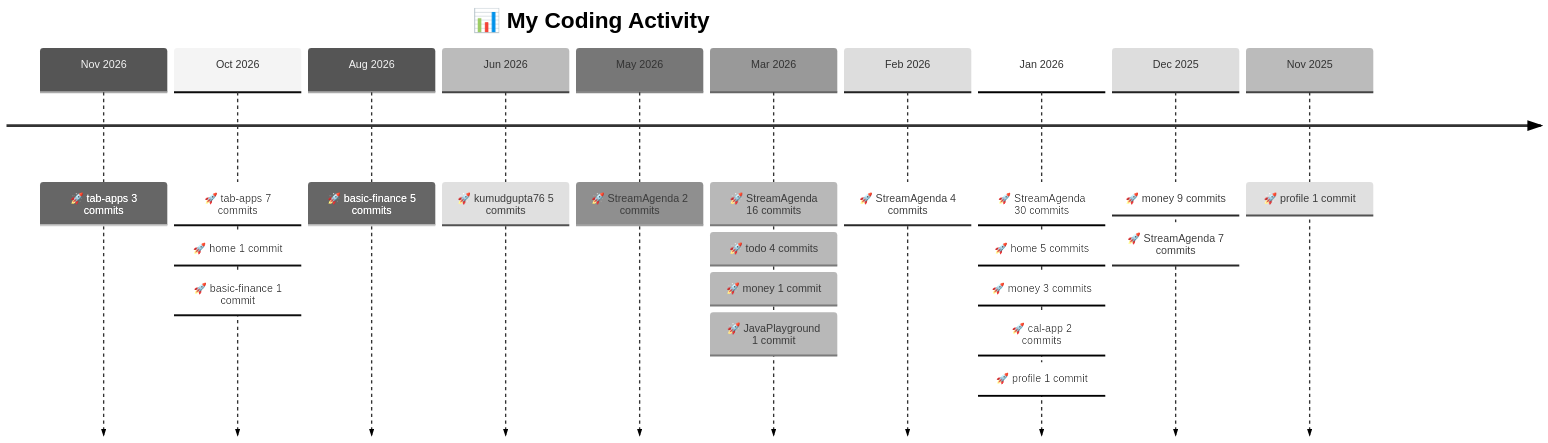
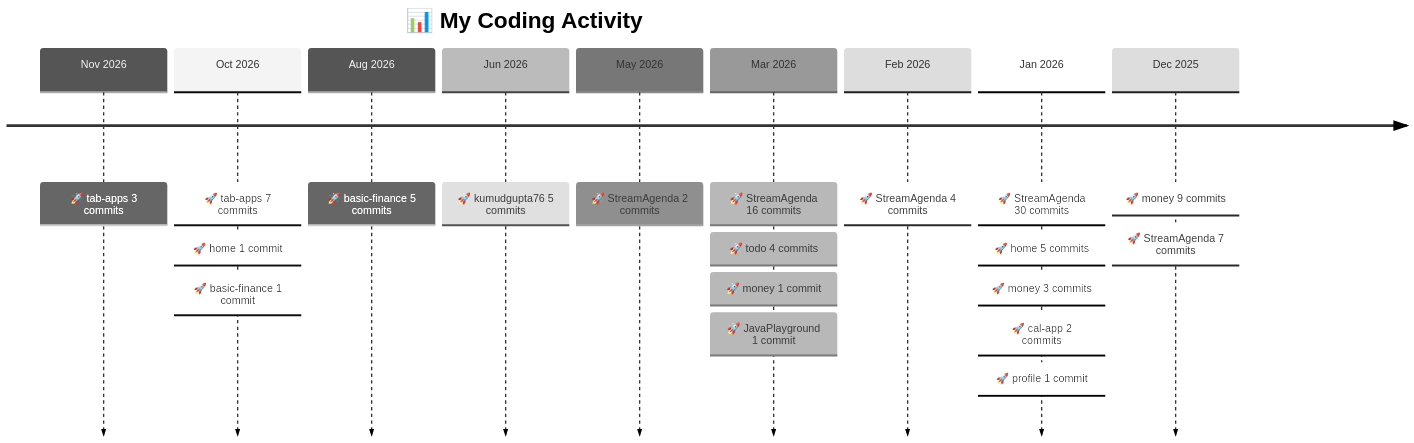
The diagram in README.md (kumudgupta76/kumudgupta76), drawn with Mermaid (neutral theme) before and after one commit. The commit also changed other lines of this file, not shown here.

Commit message:
chore: update project timeline [skip ci]

````diff
--- a/README.md
+++ b/README.md
@@ -39,14 +39,13 @@
 ```mermaid
 timeline
     title 📊 My Coding Activity
     Nov 2026 : 🚀 tab-apps 3 commits
     Oct 2026 : 🚀 tab-apps 7 commits : 🚀 home 1 commit : 🚀 basic-finance 1 commit
     Aug 2026 : 🚀 basic-finance 5 commits
     Jun 2026 : 🚀 kumudgupta76 5 commits
     May 2026 : 🚀 StreamAgenda 2 commits
     Mar 2026 : 🚀 StreamAgenda 16 commits : 🚀 todo 4 commits : 🚀 money 1 commit : 🚀 JavaPlayground 1 commit
     Feb 2026 : 🚀 StreamAgenda 4 commits
     Jan 2026 : 🚀 StreamAgenda 30 commits : 🚀 home 5 commits : 🚀 money 3 commits : 🚀 cal-app 2 commits : 🚀 profile 1 commit
     Dec 2025 : 🚀 money 9 commits : 🚀 StreamAgenda 7 commits
-    Nov 2025 : 🚀 profile 1 commit
 ```
````
